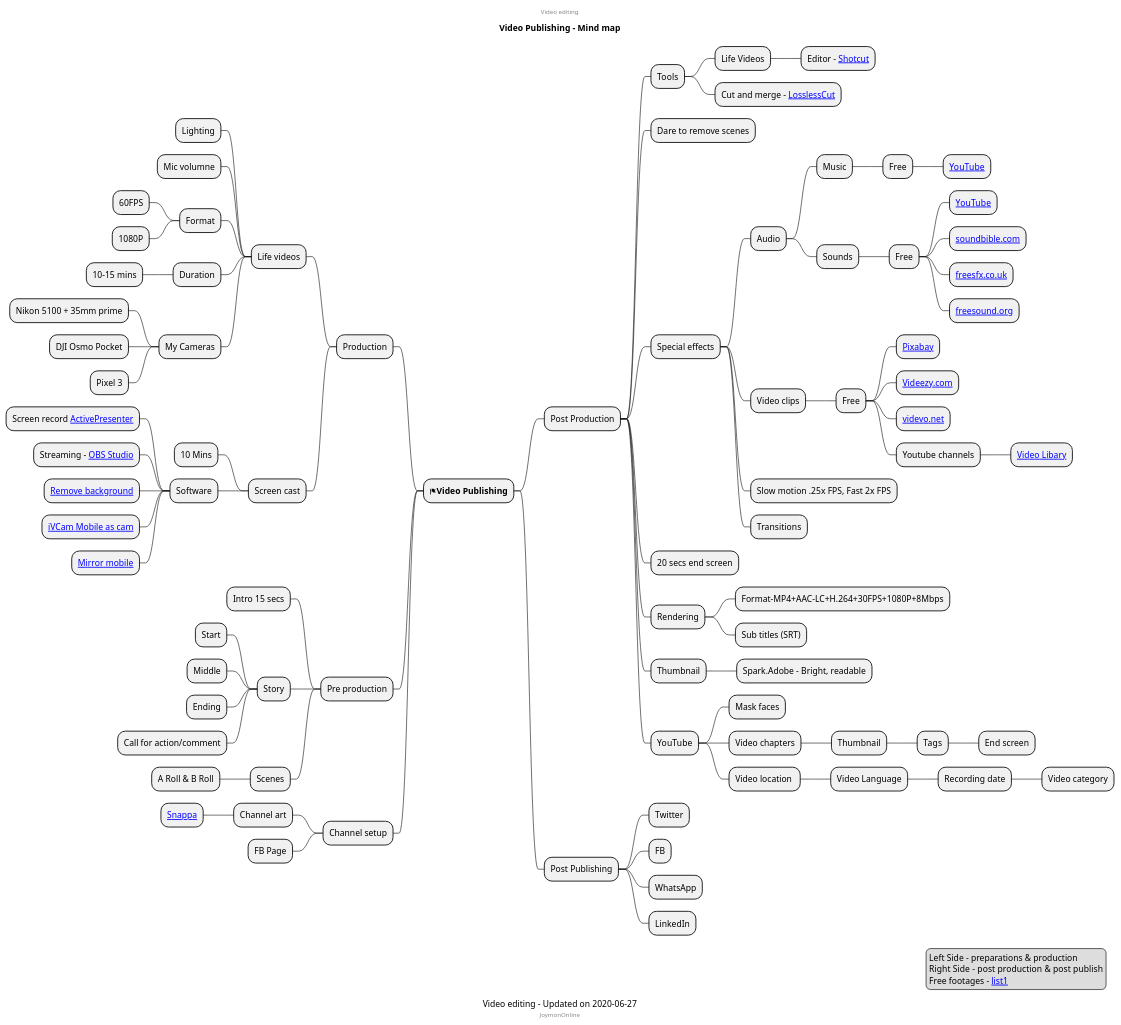
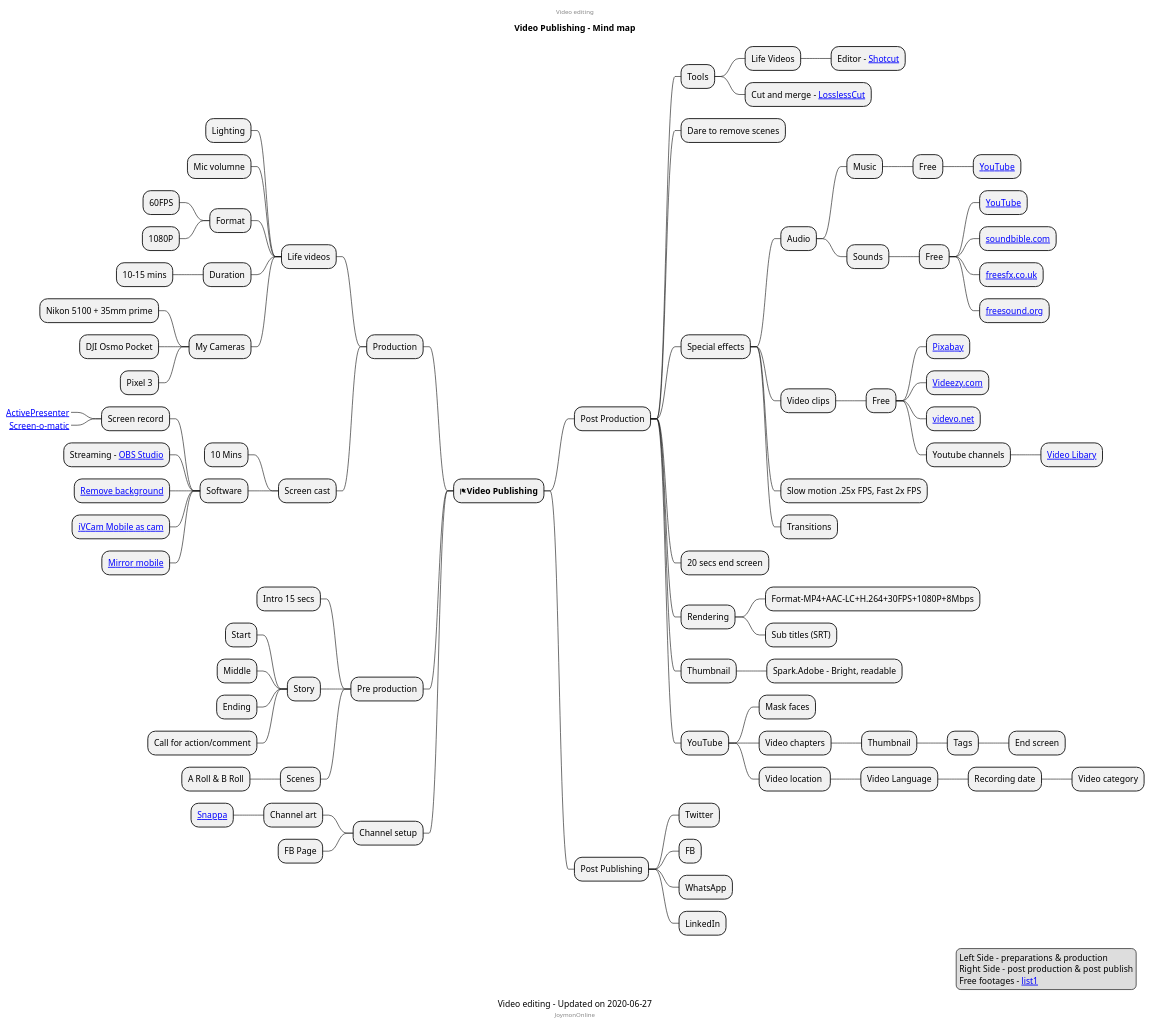
Before and after one commit to mind-maps/technology: the diagram in media/video/publishing.puml, drawn with PlantUML.

Commit message:
Added screen-o-matic

```diff
--- a/media/video/publishing.puml
+++ b/media/video/publishing.puml
@@ -1,102 +1,104 @@
 @startmindmap
 caption Video editing - Updated on 2020-06-27
 title Video Publishing - Mind map
 center header
 Video editing
 endheader
 
 * <&flag><b>Video Publishing</b>
 
 ** Post Production
 *** Tools
 **** Life Videos
 ***** Editor - [[https://shotcut.org/download/ Shotcut]]
 **** Cut and merge - [[https://github.com/mifi/lossless-cut/releases LosslessCut]]
 
 *** Dare to remove scenes
 *** Special effects
 **** Audio
 ***** Music
 ****** Free
 ******* [[https://www.youtube.com/audiolibrary/music?nv=1 YouTube]]
 ***** Sounds
 ****** Free
 ******* [[https://www.youtube.com/audiolibrary/soundeffects?nv=1 YouTube]]
 ******* [[https://soundbible.com/ soundbible.com]]
 ******* [[https://freesfx.co.uk/ freesfx.co.uk]]
 ******* [[https://freesound.org/ freesound.org]]
 **** Video clips
 ***** Free
 ****** [[https://pixabay.com/ Pixabay]]
 ****** [[https://www.videezy.com/ Videezy.com]]
 ****** [[https://www.videvo.net/ videvo.net]]
 ****** Youtube channels
 ******* [[https://www.youtube.com/channel/UC8ScFr0TdBPz9bLElei6-VA/videos Video Libary]]
 **** Slow motion .25x FPS, Fast 2x FPS
 **** Transitions
 *** 20 secs end screen
 *** Rendering
 **** Format-MP4+AAC-LC+H.264+30FPS+1080P+8Mbps
 **** Sub titles (SRT)
 *** Thumbnail
 **** Spark.Adobe - Bright, readable
 *** YouTube
 **** Mask faces
 **** Video chapters
 ***** Thumbnail
 ****** Tags
 ******* End screen
 **** Video location 
 ***** Video Language
 ****** Recording date
 ******* Video category
 
 ** Post Publishing
 *** Twitter
 *** FB
 *** WhatsApp
 *** LinkedIn
 
 left side
 ** Production
 *** Life videos
 **** Lighting
 **** Mic volumne
 **** Format
 ***** 60FPS
 ***** 1080P
 **** Duration
 ***** 10-15 mins
 **** My Cameras
 ***** Nikon 5100 + 35mm prime
 ***** DJI Osmo Pocket
 ***** Pixel 3
 *** Screen cast
 **** 10 Mins
 **** Software
-***** Screen record [[https://atomisystems.com/download/ ActivePresenter]]
+***** Screen record
+******_ [[https://atomisystems.com/download/ ActivePresenter]]
+******_ [[https://screencast-o-matic.com/home Screen-o-matic]]
 ***** Streaming - [[https://obsproject.com/download OBS Studio]]
 ***** [[https://www.chromacam.me/ Remove background]]
 ***** [[https://www.e2esoft.com/ivcam/ iVCam Mobile as cam]]
 ***** [[https://www.apowersoft.com/phone-mirror Mirror mobile]]
 ** Pre production
 *** Intro 15 secs
 *** Story
 **** Start
 **** Middle
 **** Ending
 ****  Call for action/comment
 *** Scenes
 **** A Roll & B Roll
 ** Channel setup
 *** Channel art
 **** [[https://snappa.com/ Snappa]]
 *** FB Page
 center footer JoymonOnline
 
 legend right
   Left Side - preparations & production
   Right Side -  post production & post publish
   Free footages - [[https://www.oberlo.com/blog/free-stock-video-websites list1]]
 endlegend
 @endmindmap
```
